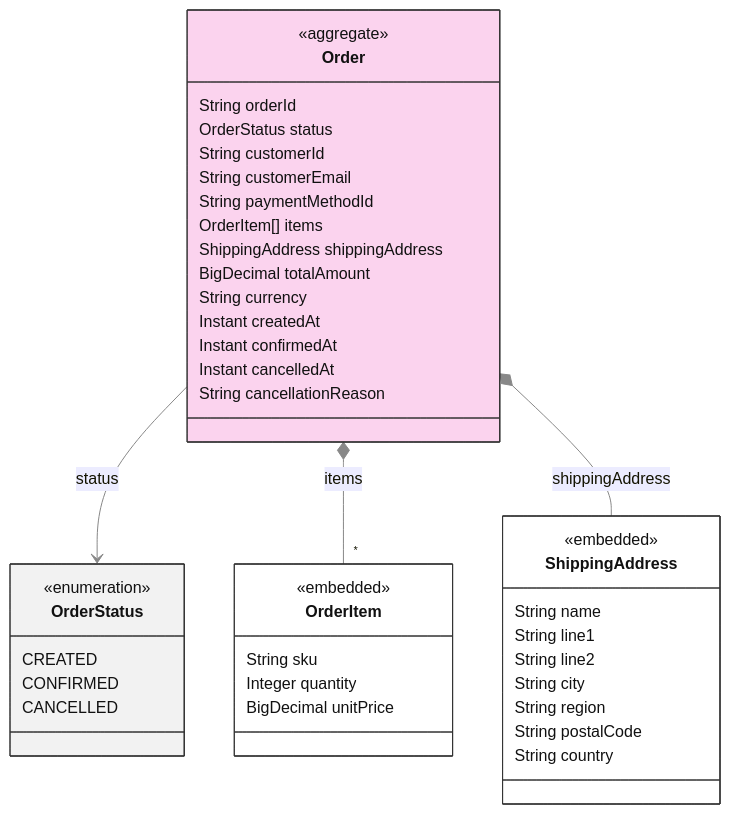
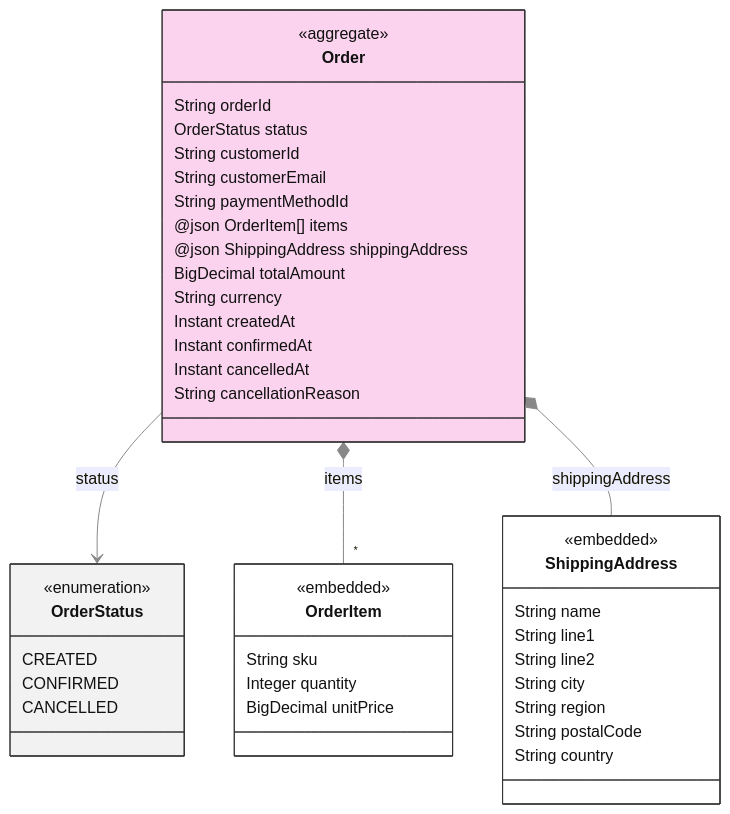
One commit to ZenWave360/dsl-kotlin changed the third of 5 diagrams in dsl-docs/src/commonTest/resources/snapshots/arcadia-modulith/modules/orders-checkout.md. Above: the diagram before and after it, drawn with Mermaid. The commit also changed other lines of this file and 14 other files, not shown here.

Commit message:
feat(views,docs): service box label as in the ZDL, @json field types, one domain events diagram per ZDL

````diff
--- a/dsl-docs/src/commonTest/resources/snapshots/arcadia-modulith/modules/orders-checkout.md
+++ b/dsl-docs/src/commonTest/resources/snapshots/arcadia-modulith/modules/orders-checkout.md
@@ -149,55 +148,55 @@
 ```mermaid
 ---
 config:
   theme: default
   themeVariables:
     lineColor: "#888888"
     edgeLabelBackground: "#ffffff"
 ---
 classDiagram
     class Order {
         <<aggregate>>
         String orderId
         OrderStatus status
         String customerId
         String customerEmail
         String paymentMethodId
-        OrderItem[] items
-        ShippingAddress shippingAddress
+        @json OrderItem[] items
+        @json ShippingAddress shippingAddress
         BigDecimal totalAmount
         String currency
         Instant createdAt
         Instant confirmedAt
         Instant cancelledAt
         String cancellationReason
     }
     class OrderItem {
         <<embedded>>
         String sku
         Integer quantity
         BigDecimal unitPrice
     }
     class ShippingAddress {
         <<embedded>>
         String name
         String line1
         String line2
         String city
         String region
         String postalCode
         String country
     }
     class OrderStatus {
         <<enumeration>>
         CREATED
         CONFIRMED
         CANCELLED
     }
     Order --> OrderStatus : status
     Order *-- "*" OrderItem : items
     Order *-- ShippingAddress : shippingAddress
     style Order fill:#fbd3ee,stroke:#333333,color:#111111
     style OrderItem fill:#ffffff,stroke:#333333,color:#111111
     style ShippingAddress fill:#ffffff,stroke:#333333,color:#111111
     style OrderStatus fill:#f2f2f2,stroke:#333333,color:#111111
 ```
````
